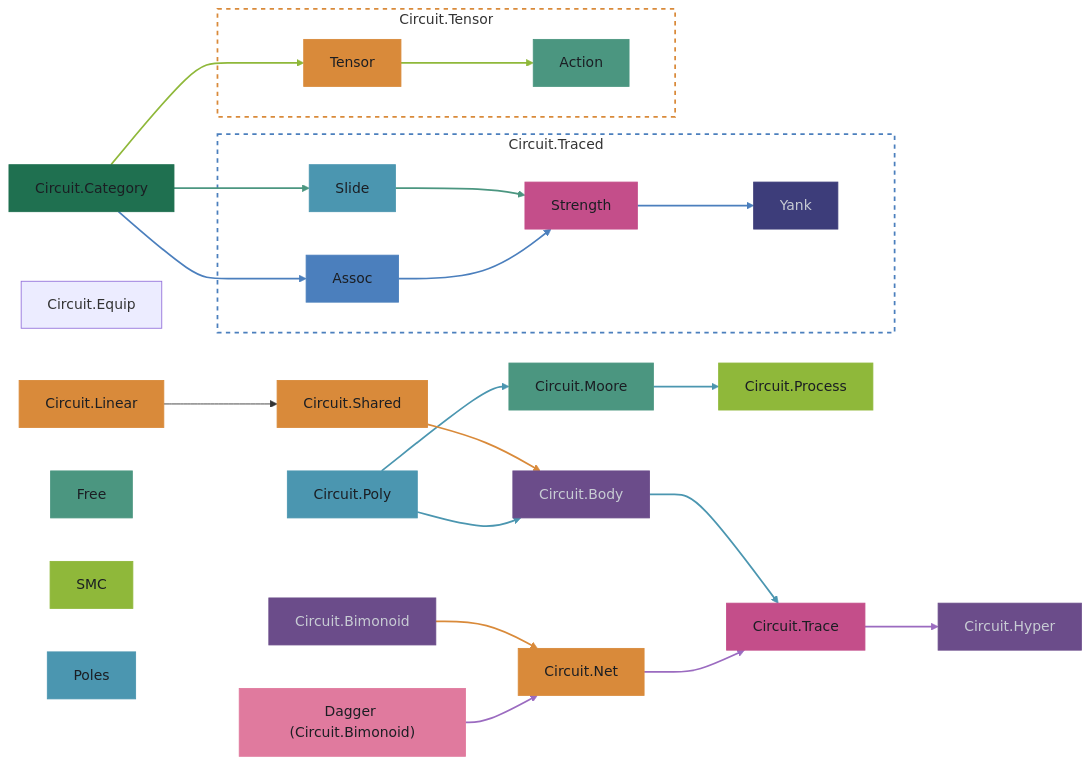
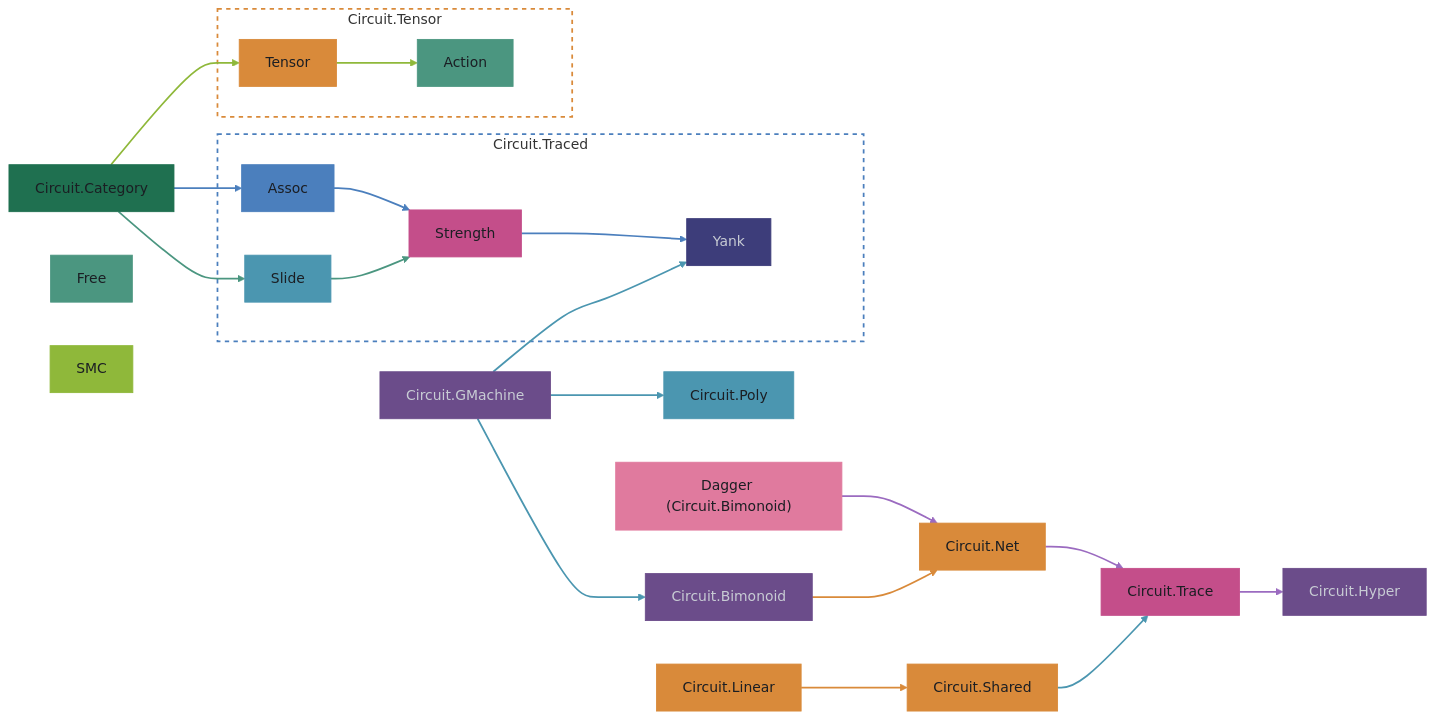
One commit to tonyday567/circuits changed the second of 2 diagrams in readme.md. Above: the diagram before and after it, drawn with Mermaid. The commit also changed other lines of this file and 11 other files, not shown here.

````diff
--- a/readme.md
+++ b/readme.md
@@ -63,74 +63,67 @@
 ```mermaid
 graph LR
   Category["Circuit.Category"]
 
   subgraph Channel ["Circuit.Traced"]
     Assoc["Assoc"]
     Slide["Slide"]
     Strength["Strength"]
     Yank["Yank"]
   end
 
   subgraph Tensor ["Circuit.Tensor"]
     TensorClass["Tensor"]
     Action["Action"]
   end
 
   Net["Circuit.Net"]
   Trace["Circuit.Trace"]
   Hyper["Circuit.Hyper"]
   Dagger["Dagger (Circuit.Bimonoid)"]
-  Equip["Circuit.Equip"]
-  Body["Circuit.Body"]
   Poly["Circuit.Poly"]
-  Moore["Circuit.Moore"]
-  Process["Circuit.Process"]
+  GMachine["Circuit.GMachine"]
   Shared["Circuit.Shared"]
   Bimonoid["Circuit.Bimonoid"]
   Linear["Circuit.Linear"]
 
   Category --> Assoc --> Strength --> Yank
   Category --> Slide --> Strength
   Category --> TensorClass --> Action
   Net --> Trace
   Trace --> Hyper
   Dagger --> Net
-  Body --> Trace
-  Poly --> Body
-  Poly --> Moore
-  Moore --> Process
-  Shared --> Body
+  GMachine --> Poly
+  GMachine --> Bimonoid
+  GMachine --> Yank
+  Shared --> Trace
   Bimonoid --> Net
   Linear --> Shared
 
   linkStyle 0,1,2 stroke:#4B7FBD,stroke-width:2px
   linkStyle 3,4 stroke:#4B9680,stroke-width:2px
   linkStyle 5,6 stroke:#8FB83A,stroke-width:2px
   linkStyle 7,8,9 stroke:#9B6BC0,stroke-width:2px
   linkStyle 10,11,12,13 stroke:#4B96B0,stroke-width:2px
   linkStyle 14,15 stroke:#D98A3A,stroke-width:2px
 
   style Channel fill:transparent,stroke:#4B7FBD,stroke-width:2px,stroke-dasharray: 5 5
   style Tensor fill:transparent,stroke:#D98A3A,stroke-width:2px,stroke-dasharray: 5 5
   style Category fill:#1F7050,stroke:#1F7050,color:#1b1e23
   style Assoc fill:#4B7FBD,stroke:#4B7FBD,color:#1b1e23
   style Slide fill:#4B96B0,stroke:#4B96B0,color:#1b1e23
   style Strength fill:#C44E8A,stroke:#C44E8A,color:#1b1e23
   style Yank fill:#3D3D7A,stroke:#3D3D7A,color:#c8ccd4
   style TensorClass fill:#D98A3A,stroke:#D98A3A,color:#1b1e23
   style Action fill:#4B9680,stroke:#4B9680,color:#1b1e23
   style Free fill:#4B9680,stroke:#4B9680,color:#1b1e23
   style SMC fill:#8FB83A,stroke:#8FB83A,color:#1b1e23
   style Net fill:#D98A3A,stroke:#D98A3A,color:#1b1e23
   style Trace fill:#C44E8A,stroke:#C44E8A,color:#1b1e23
   style Hyper fill:#6B4C8A,stroke:#6B4C8A,color:#c8ccd4
   style Dagger fill:#E07A9E,stroke:#E07A9E,color:#1b1e23
-  style Poles fill:#4B96B0,stroke:#4B96B0,color:#1b1e23
-  style Body fill:#6B4C8A,stroke:#6B4C8A,color:#c8ccd4
   style Poly fill:#4B96B0,stroke:#4B96B0,color:#1b1e23
-  style Moore fill:#4B9680,stroke:#4B9680,color:#1b1e23
-  style Process fill:#8FB83A,stroke:#8FB83A,color:#1b1e23
+  style GMachine fill:#6B4C8A,stroke:#6B4C8A,color:#c8ccd4
   style Shared fill:#D98A3A,stroke:#D98A3A,color:#1b1e23
   style Bimonoid fill:#6B4C8A,stroke:#6B4C8A,color:#c8ccd4
   style Linear fill:#D98A3A,stroke:#D98A3A,color:#1b1e23
 ```
````
